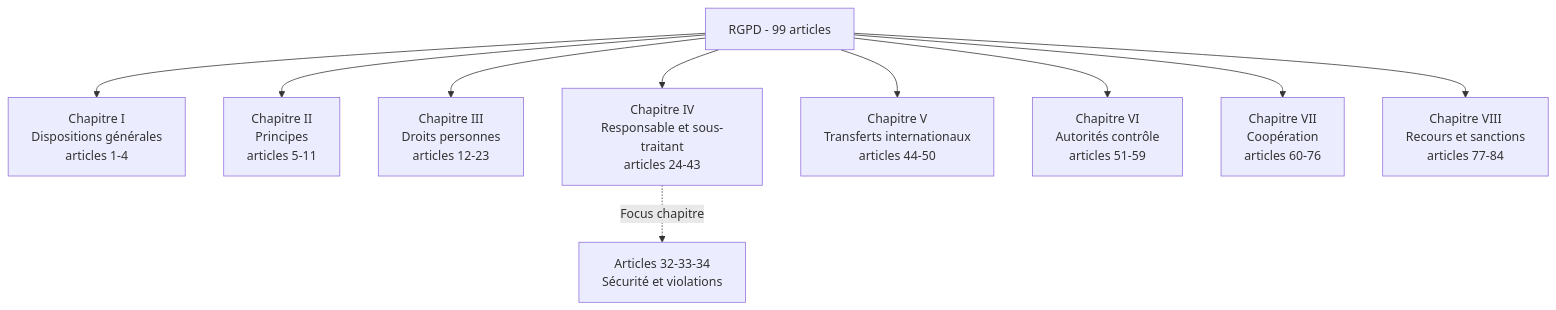
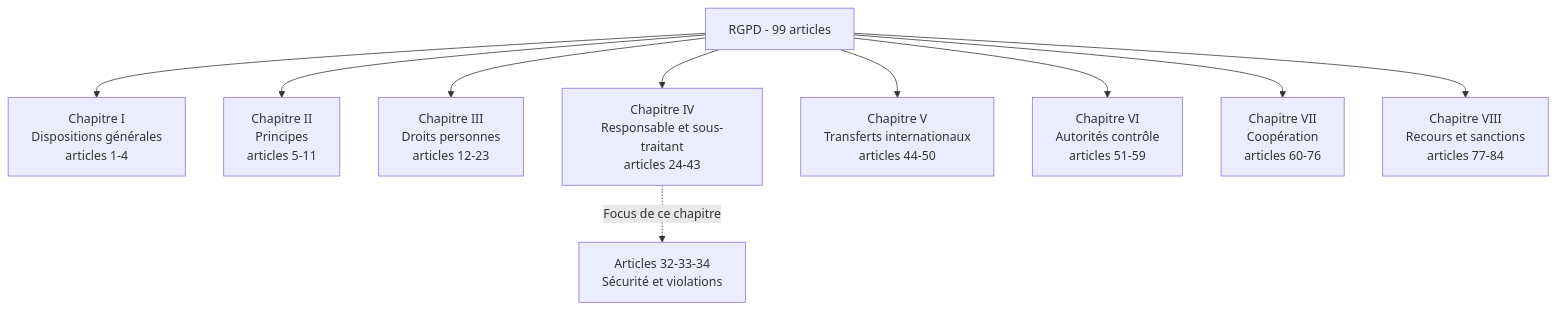
The first of 7 diagrams in docs/cursus-forensic/01-cycle-0-fondations/module-1-legislation/08-rgpd-articles-32-33-34.md (zyrass/omnydocs), drawn with Mermaid before and after one commit. The commit also changed other lines of this file and 171 other files, not shown here.

````diff
--- a/docs/cursus-forensic/01-cycle-0-fondations/module-1-legislation/08-rgpd-articles-32-33-34.md
+++ b/docs/cursus-forensic/01-cycle-0-fondations/module-1-legislation/08-rgpd-articles-32-33-34.md
@@ -54,13 +56,13 @@
 ```mermaid
 flowchart TB
-    A[RGPD - 99 articles] --> B[Chapitre I<br>Dispositions générales<br>articles 1-4]
-    A --> C[Chapitre II<br>Principes<br>articles 5-11]
-    A --> D[Chapitre III<br>Droits personnes<br>articles 12-23]
-    A --> E[Chapitre IV<br>Responsable et sous-traitant<br>articles 24-43]
-    A --> F[Chapitre V<br>Transferts internationaux<br>articles 44-50]
-    A --> G[Chapitre VI<br>Autorités contrôle<br>articles 51-59]
-    A --> H[Chapitre VII<br>Coopération<br>articles 60-76]
-    A --> I[Chapitre VIII<br>Recours et sanctions<br>articles 77-84]
+    A["RGPD - 99 articles"] --> B["Chapitre I<br>Dispositions générales<br>articles 1-4"]
+    A --> C["Chapitre II<br>Principes<br>articles 5-11"]
+    A --> D["Chapitre III<br>Droits personnes<br>articles 12-23"]
+    A --> E["Chapitre IV<br>Responsable et sous-traitant<br>articles 24-43"]
+    A --> F["Chapitre V<br>Transferts internationaux<br>articles 44-50"]
+    A --> G["Chapitre VI<br>Autorités contrôle<br>articles 51-59"]
+    A --> H["Chapitre VII<br>Coopération<br>articles 60-76"]
+    A --> I["Chapitre VIII<br>Recours et sanctions<br>articles 77-84"]
 
-    E -.->|Focus chapitre| Sec[Articles 32-33-34<br>Sécurité et violations]
+    E -.->|"Focus de ce chapitre"| Sec["Articles 32-33-34<br>Sécurité et violations"]
 ```
````
